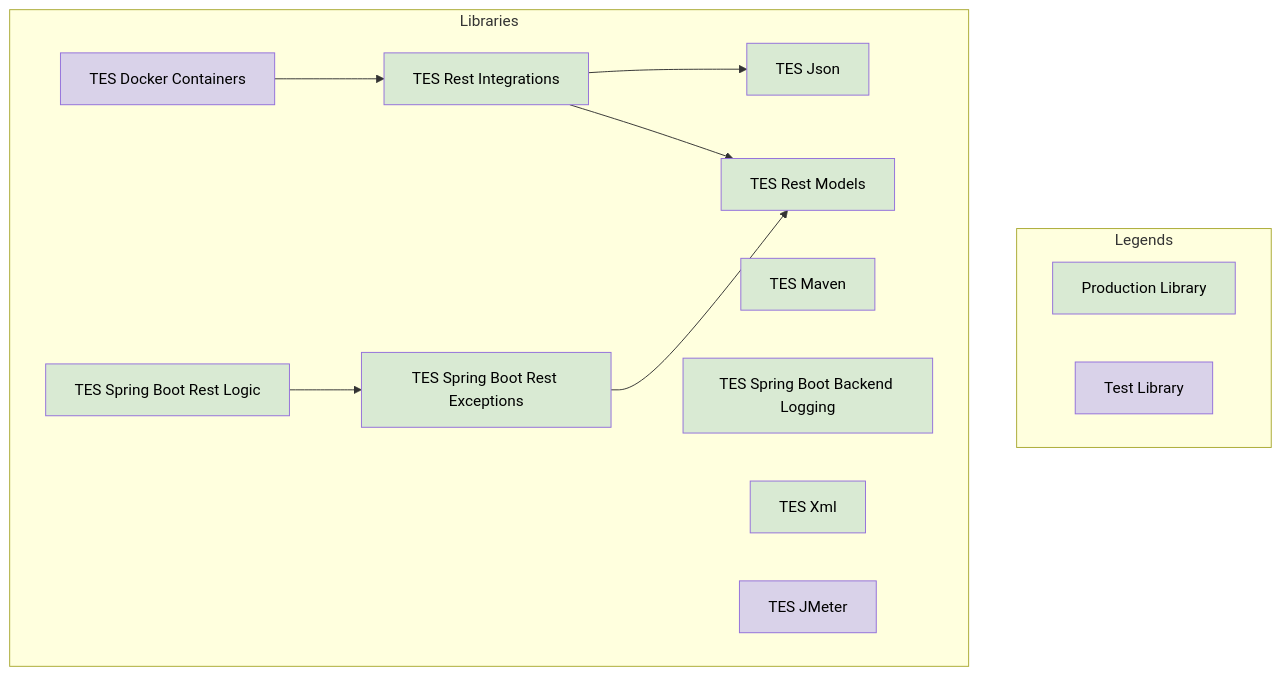
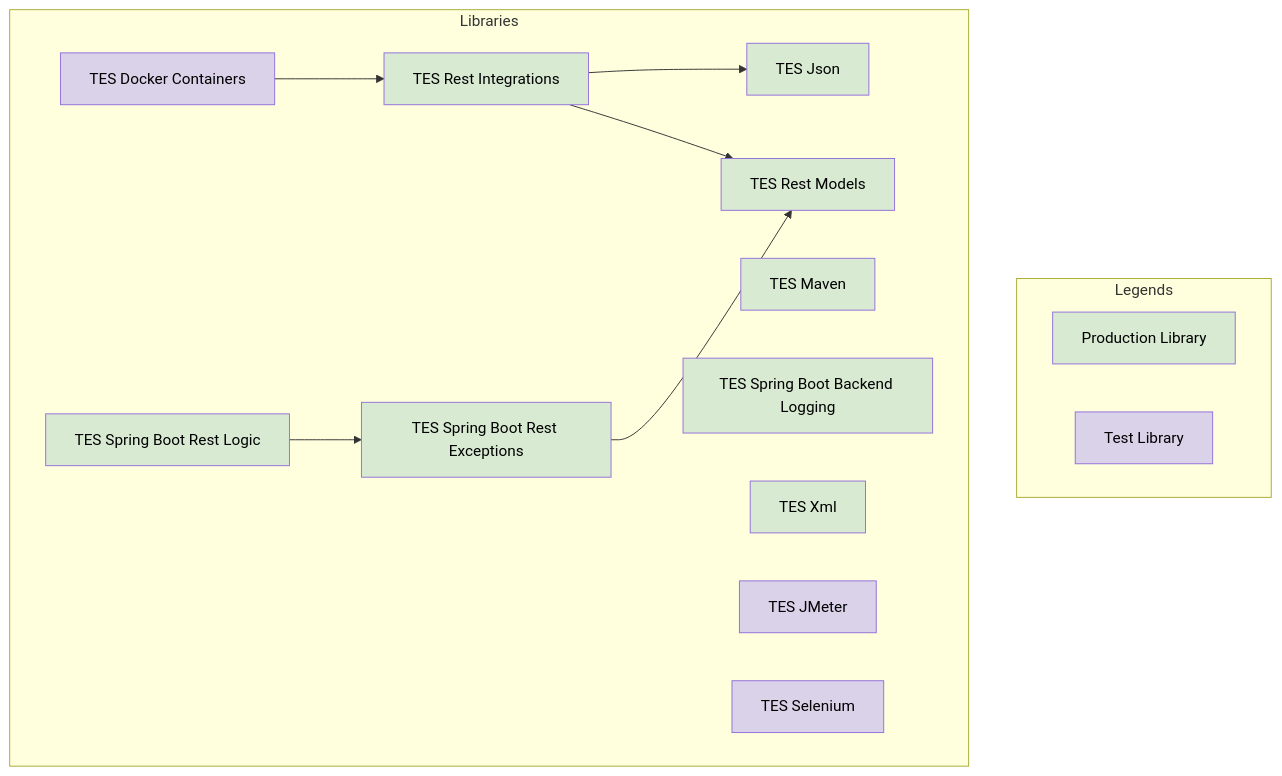
Before and after one commit to sunepoulsen/tes-foundation: the diagram in doc/README.md, drawn with Mermaid. The commit also changed other lines of this file and 8 other files, not shown here.

Commit message:
TES-120: Add `tes-selenium` to this monolith.

````diff
--- a/doc/README.md
+++ b/doc/README.md
@@ -30,25 +32,26 @@
 ```mermaid
 flowchart
     subgraph "Legends"
         legProdLib["Production Library"]:::prodLibrary
         legTestLib["Test Library"]:::testLibrary
     end
 
     subgraph "Libraries"
         tesJson["TES Json"]:::prodLibrary
         tesMaven["TES Maven"]:::prodLibrary
         tesRestModels["TES Rest Models"]:::prodLibrary
         tesSpringBootLogging["TES Spring Boot Backend Logging"]:::prodLibrary
         tesXml["TES Xml"]:::prodLibrary
         tesRestIntegrations["TES Rest Integrations"]:::prodLibrary --> tesJson
         tesRestIntegrations:::prodLibrary --> tesRestModels
         tesSpringBootRestExceptions["TES Spring Boot Rest Exceptions"]:::prodLibrary --> tesRestModels
         tesSpringBootRestLogic["TES Spring Boot Rest Logic"]:::prodLibrary --> tesSpringBootRestExceptions
 
         tesDockerContainers["TES Docker Containers"]:::testLibrary --> tesRestIntegrations
         tesJMeter["TES JMeter"]:::testLibrary
+        tesSelenium["TES Selenium"]:::testLibrary
     end
 
     classDef prodLibrary fill:#d9ead3,color:#000
     classDef testLibrary fill:#d9d2e9,color:#000
 ```
````
